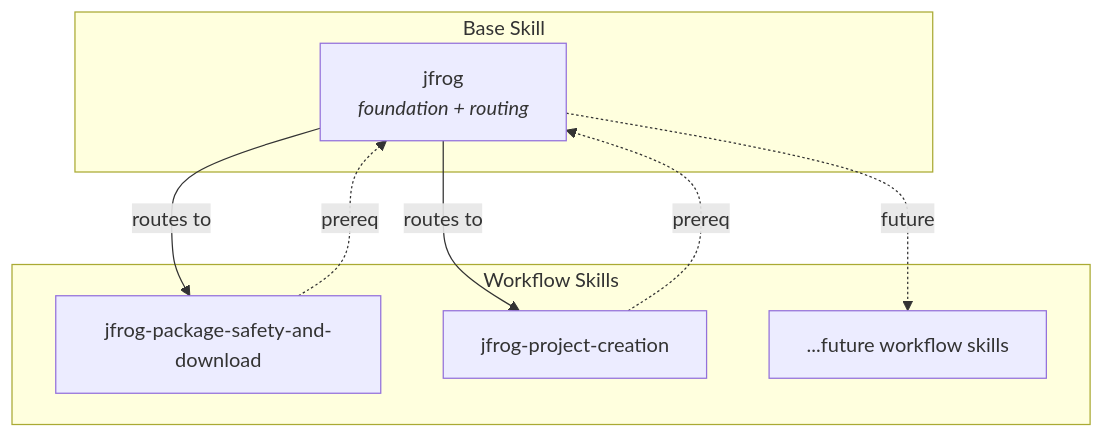
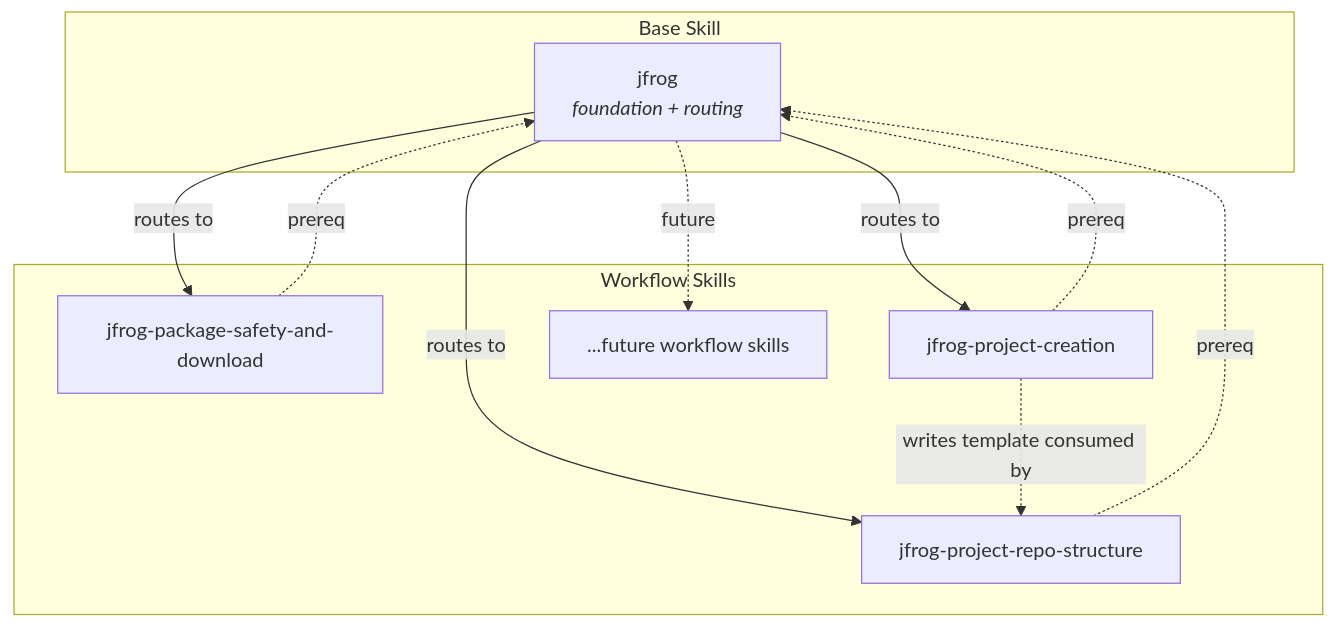
Before and after one commit to jfrog/jfrog-skills: the first of 2 diagrams in ARCHITECTURE.md, drawn with Mermaid. The commit also changed other lines of this file and 2 other files, not shown here.

Commit message:
routing: wire base skill to repo-structure; update README + ARCHITECTURE
Adds three routing entries to the base skill so the agent loads the
correct doctrine and workflow skill for Phase 3+4 prompts:

- Phase 3+4 doctrine (four-part naming, External-stage pattern, push
  vs pull) routes to references/projects-best-practices-repos.md.
- Repository structure / virtual aggregator / four-part naming for an
  existing project routes to the jfrog-project-repo-structure
  workflow skill.
- Cross-project sharing / Smart Remote / producer-consumer also
  routes to jfrog-project-repo-structure (carries the read-only-
  consumer guard and the push/pull decision flow).

README.md gains the new skill in its bullet list and in both install
commands (remote and local clone).

ARCHITECTURE.md's workflow-skills mermaid diagram includes the new
node, declares its prerequisite on the base skill, and shows the
template-handoff edge from jfrog-project-creation to
jfrog-project-repo-structure (the integration contract is the shared
template). The references-table gains projects-best-practices-repos.md.

````diff
--- a/ARCHITECTURE.md
+++ b/ARCHITECTURE.md
@@ -9,18 +9,22 @@
 ```mermaid
 flowchart TD
     subgraph base ["Base Skill"]
         JF["jfrog<br/><i>foundation + routing</i>"]
     end
 
     subgraph workflows ["Workflow Skills"]
         PS["jfrog-package-safety-and-download"]
         PC["jfrog-project-creation"]
+        PR["jfrog-project-repo-structure"]
         Future["...future workflow skills"]
     end
 
     JF -->|"routes to"| PS
     JF -->|"routes to"| PC
+    JF -->|"routes to"| PR
     JF -.->|"future"| Future
     PS -.->|"prereq"| JF
     PC -.->|"prereq"| JF
+    PR -.->|"prereq"| JF
+    PC -.->|"writes template consumed by"| PR
 ```
````
